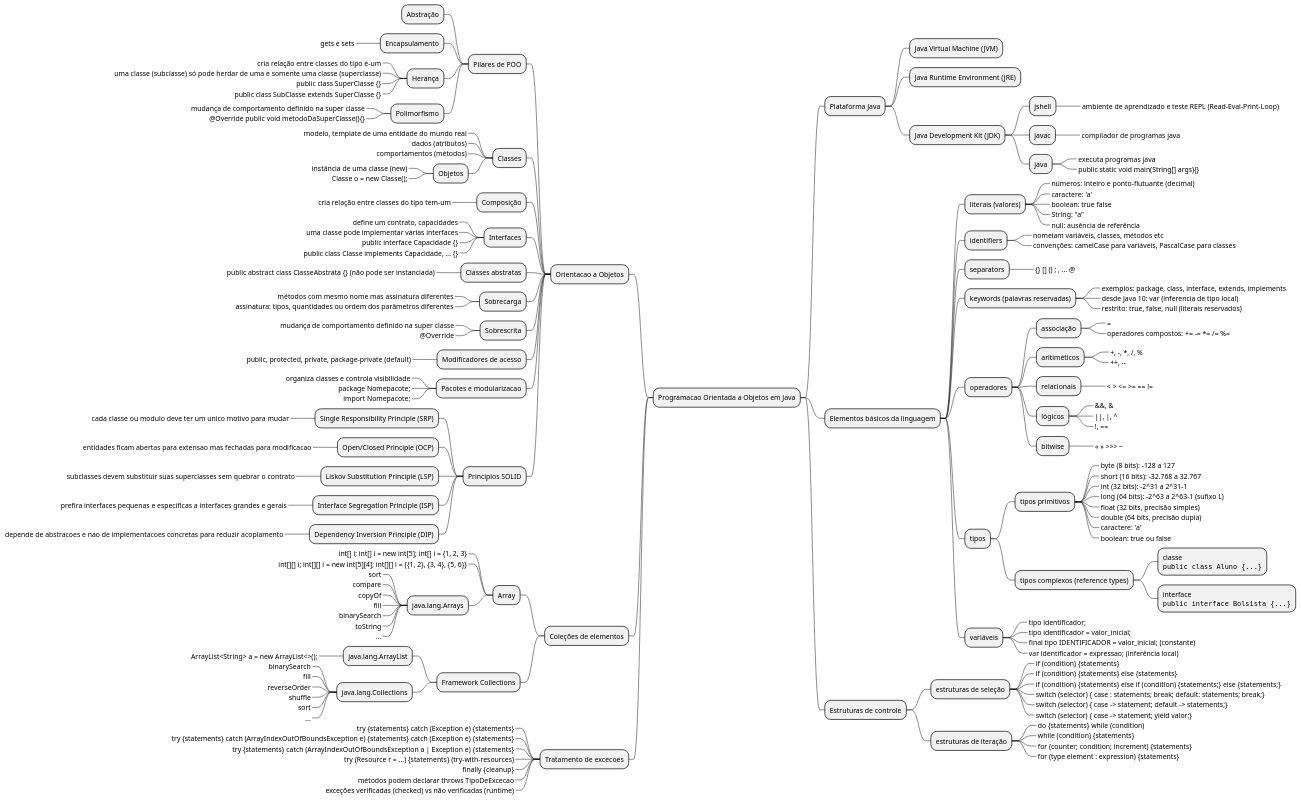
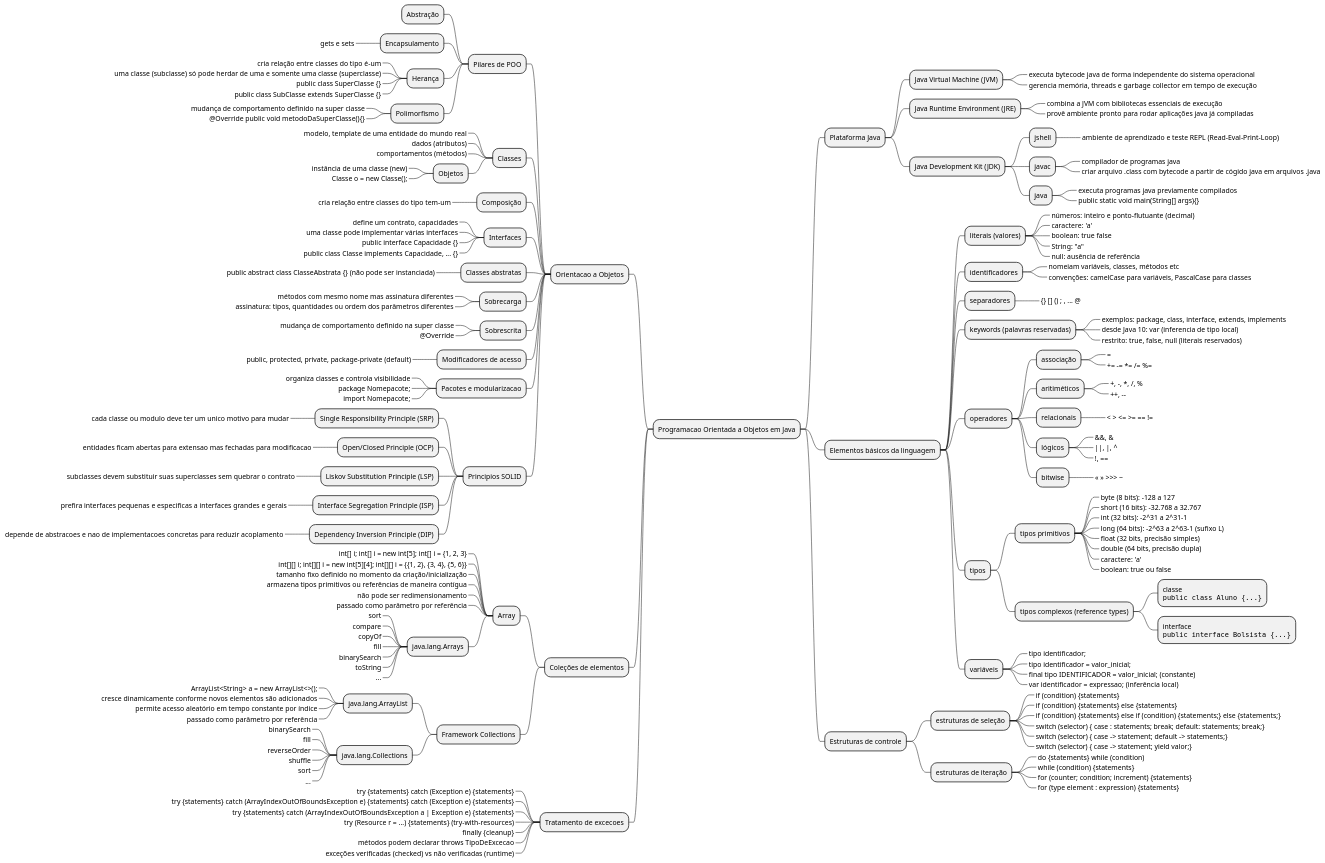
Before and after one commit to caioamorim7/poo: the diagram in lectures/mapa-mental.puml, drawn with PlantUML. The commit also changed 1 other file, not shown here.

```diff
--- a/lectures/mapa-mental.puml
+++ b/lectures/mapa-mental.puml
@@ -1,164 +1,176 @@
 @startmindmap
 * Programacao Orientada a Objetos em Java
 ** Plataforma Java
 *** Java Virtual Machine (JVM)
+****_ executa bytecode java de forma independente do sistema operacional
+****_ gerencia memória, threads e garbage collector em tempo de execução
 *** Java Runtime Environment (JRE)
+****_ combina a JVM com bibliotecas essenciais de execução
+****_ provê ambiente pronto para rodar aplicações java já compiladas
 *** Java Development Kit (JDK)
 **** jshell
 *****_ ambiente de aprendizado e teste REPL (Read-Eval-Print-Loop)
 **** javac
 *****_ compilador de programas java
+*****_ criar arquivo .class com bytecode a partir de cógido java em arquivos .java
 **** java
-*****_ executa programas java
+*****_ executa programas java previamente compilados
 *****_ public static void main(String[] args){}
 ** Elementos básicos da linguagem
 *** literais (valores)
 ****_ números: inteiro e ponto-flutuante (decimal)
 ****_ caractere: 'a'
 ****_ boolean: true false
 ****_ String: "a"
 ****_ null: ausência de referência
-*** identifiers
+*** identificadores
 ****_ nomeiam variáveis, classes, métodos etc
 ****_ convenções: camelCase para variáveis, PascalCase para classes
-*** separators
+*** separadores
 ****_ {} [] () ; , ... @
 *** keywords (palavras reservadas)
 ****_ exemplos: package, class, interface, extends, implements
 ****_ desde Java 10: var (inferencia de tipo local)
 ****_ restrito: true, false, null (literais reservados)
 *** operadores
 **** associação
 *****_ =
-*****_ operadores compostos: += -= *= /= %=
+*****_ += -= *= /= %=
 **** aritiméticos
 *****_ +, -, *, /, %
 *****_ ++, --
 **** relacionais
 *****_ < > <= >= == !=
 **** lógicos
 *****_ &&, &
 *****_ ||, |, ^
 *****_ !, ==
 **** bitwise
 *****_ << >> >>> ~
 *** tipos
 **** tipos primitivos
 *****_ byte (8 bits): -128 a 127
 *****_ short (16 bits): -32.768 a 32.767
 *****_ int (32 bits): -2^31 a 2^31-1
 *****_ long (64 bits): -2^63 a 2^63-1 (sufixo L)
 *****_ float (32 bits, precisão simples)
 *****_ double (64 bits, precisão dupla)
 *****_ caractere: 'a'
 *****_ boolean: true ou false
 **** tipos complexos (reference types)
 *****:classe
 <code>
 public class Aluno {...}
 </code>;
 *****:interface
 <code>
 public interface Bolsista {...}
 </code>;
 *** variáveis
 ****_ tipo identificador;
 ****_ tipo identificador = valor_inicial;
 ****_ final tipo IDENTIFICADOR = valor_inicial; (constante)
 ****_ var identificador = expressao; (inferência local)
 ** Estruturas de controle
 *** estruturas de seleção
 ****_ if (condition) {statements}
 ****_ if (condition) {statements} else {statements}
 ****_ if (condition) {statements} else if (condition) {statements;} else {statements;}
 ****_ switch (selector) { case : statements; break; default: statements; break;}
 ****_ switch (selector) { case -> statement; default -> statements;}
 ****_ switch (selector) { case -> statement; yield valor;}
 *** estruturas de iteração
 ****_ do {statements} while (condition)
 ****_ while (condition) {statements}
 ****_ for (counter; condition; increment) {statements}
 ****_ for (type element : expression) {statements}
 -- Orientacao a Objetos
 --- Pilares de POO
 ---- Abstração
 ---- Encapsulamento
 -----_ gets e sets
 ---- Herança
 -----_ cria relação entre classes do tipo é-um
 -----_ uma classe (subclasse) só pode herdar de uma e somente uma classe (superclasse)
 -----_ public class SuperClasse {}
 -----_ public class SubClasse extends SuperClasse {}
 ---- Polimorfismo
 -----_ mudança de comportamento definido na super classe
 -----_ @Override public void metodoDaSuperClasse(){}
 --- Classes
 ----_ modelo, template de uma entidade do mundo real
 ----_ dados (atributos)
 ----_ comportamentos (métodos)
 ---- Objetos
 -----_ instância de uma classe (new)
 -----_ Classe o = new Classe();
 --- Composição
 ----_ cria relação entre classes do tipo tem-um
 --- Interfaces
 ----_ define um contrato, capacidades
 ----_ uma classe pode implementar várias interfaces
 ----_ public interface Capacidade {}
 ----_ public class Classe implements Capacidade, ... {}
 --- Classes abstratas
 ----_ public abstract class ClasseAbstrata {} (não pode ser instanciada)
 --- Sobrecarga
 ----_ métodos com mesmo nome mas assinatura diferentes
 ----_ assinatura: tipos, quantidades ou ordem dos parâmetros diferentes
 --- Sobrescrita
 ----_ mudança de comportamento definido na super classe
 ----_ @Override
 --- Modificadores de acesso
 ----_ public, protected, private, package-private (default)
 --- Pacotes e modularizacao
 ----_ organiza classes e controla visibilidade
 ----_ package Nomepacote;
 ----_ import Nomepacote;
 --- Principios SOLID
 ---- Single Responsibility Principle (SRP)
 -----_ cada classe ou modulo deve ter um unico motivo para mudar
 ---- Open/Closed Principle (OCP)
 -----_ entidades ficam abertas para extensao mas fechadas para modificacao
 ---- Liskov Substitution Principle (LSP)
 -----_ subclasses devem substituir suas superclasses sem quebrar o contrato
 ---- Interface Segregation Principle (ISP)
 -----_ prefira interfaces pequenas e especificas a interfaces grandes e gerais
 ---- Dependency Inversion Principle (DIP)
 -----_ depende de abstracoes e nao de implementacoes concretas para reduzir acoplamento
 -- Coleções de elementos
 --- Array
 ----_ int[] i; int[] i = new int[5]; int[] i = {1, 2, 3}
 ----_ int[][] i; int[][] i = new int[5][4]; int[][] i = {{1, 2}, {3, 4}, {5, 6}}
+----_ tamanho fixo definido no momento da criação/inicialização
+----_ armazena tipos primitivos ou referências de maneira contígua
+----_ não pode ser redimensionamento
+----_ passado como parâmetro por referência
 ---- java.lang.Arrays
 -----_ sort
 -----_ compare
 -----_ copyOf
 -----_ fill
 -----_ binarySearch
 -----_ toString
 -----_ ...
 --- Framework Collections
 ---- java.lang.ArrayList
 -----_ ArrayList<String> a = new ArrayList<>();
+-----_ cresce dinamicamente conforme novos elementos são adicionados
+-----_ permite acesso aleatório em tempo constante por índice
+-----_ passado como parâmetro por referência
 ---- java.lang.Collections
 -----_ binarySearch
 -----_ fill
 -----_ reverseOrder
 -----_ shuffle
 -----_ sort
 -----_ ...
 -- Tratamento de excecoes
 ---_ try {statements} catch (Exception e) {statements}
 ---_ try {statements} catch (ArrayIndexOutOfBoundsException e) {statements} catch (Exception e) {statements}
 ---_ try {statements} catch (ArrayIndexOutOfBoundsException a | Exception e) {statements}
 ---_ try (Resource r = ...) {statements} (try-with-resources)
 ---_ finally {cleanup}
 ---_ métodos podem declarar throws TipoDeExcecao
 ---_ exceções verificadas (checked) vs não verificadas (runtime)
 @endmindmap
```
